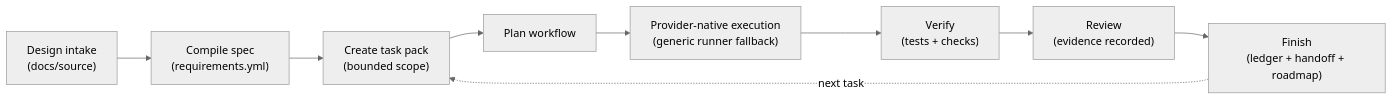
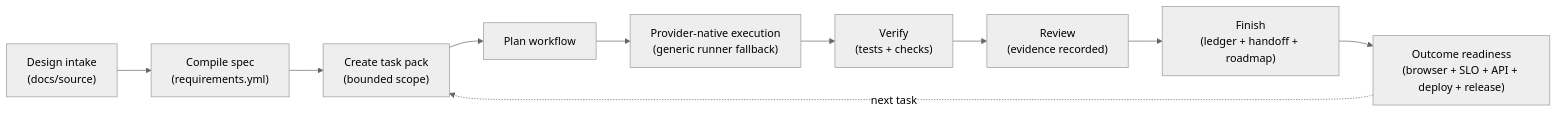
The diagram in README.md (yimwoo/agent-spec), drawn with Mermaid (neutral theme) before and after one commit. The commit also changed other lines of this file and 4 other files, not shown here.

````diff
--- a/README.md
+++ b/README.md
@@ -199,11 +215,12 @@
 ```mermaid
 flowchart LR
   A["Design intake<br/>(docs/source)"] --> B["Compile spec<br/>(requirements.yml)"]
   B --> C["Create task pack<br/>(bounded scope)"]
   C --> D["Plan workflow"]
   D --> E["Provider-native execution<br/>(generic runner fallback)"]
   E --> F["Verify<br/>(tests + checks)"]
   F --> G["Review<br/>(evidence recorded)"]
   G --> H["Finish<br/>(ledger + handoff + roadmap)"]
-  H -.->|next task| C
+  H --> I["Outcome readiness<br/>(browser + SLO + API + deploy + release)"]
+  I -.->|next task| C
 ```
````
